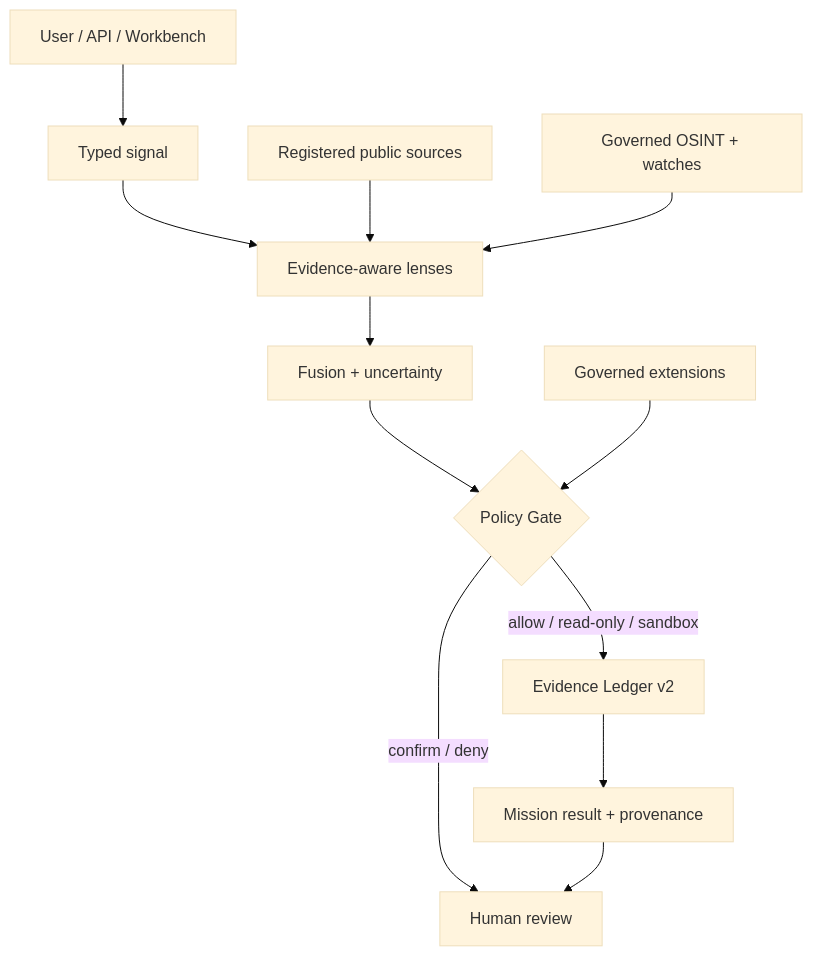
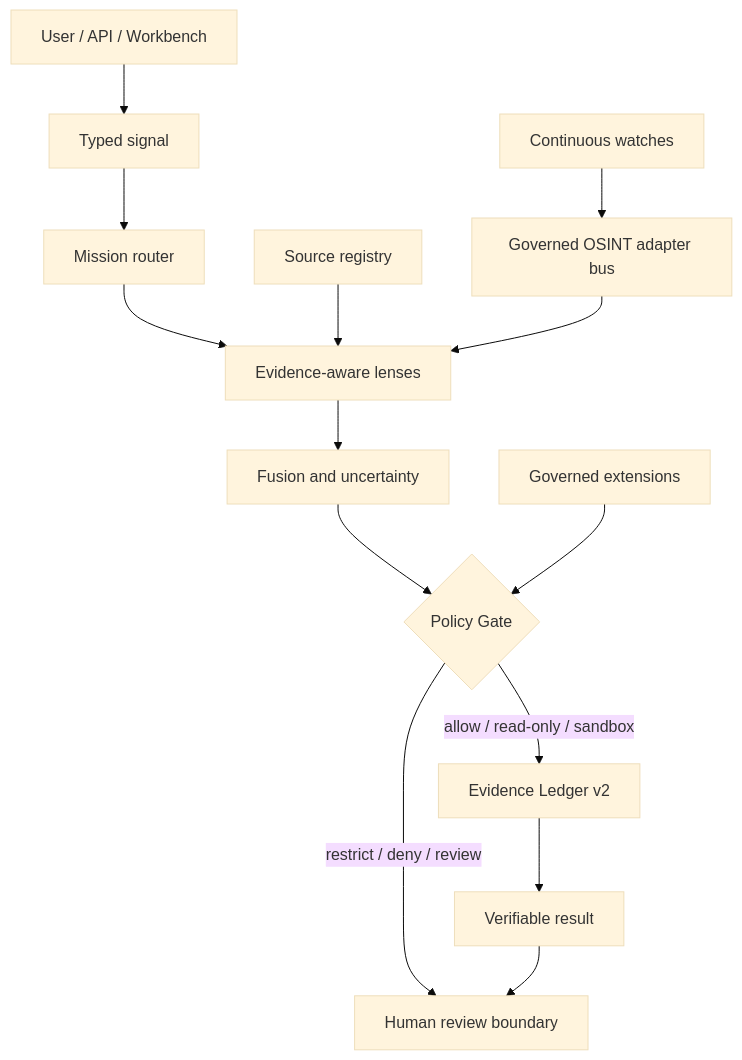
The diagram in README.md (Tashima-Tarsh/Disha), drawn with Mermaid (base theme) before and after one commit. The commit also changed other lines of this file, not shown here.

````diff
--- a/README.md
+++ b/README.md
@@ -173,14 +114,16 @@
 ```mermaid
 flowchart TD
-    U[User / API / Workbench] --> S[Typed signal]
-    S --> L[Evidence-aware lenses]
-    P[Registered public sources] --> L
-    O[Governed OSINT + watches] --> L
-    L --> F[Fusion + uncertainty]
-    F --> G{Policy Gate}
-    G -->|allow / read-only / sandbox| E[Evidence Ledger v2]
-    G -->|confirm / deny| R[Human review]
-    X[Governed extensions] --> G
-    E --> M[Mission result + provenance]
-    M --> R
+    U[User / API / Workbench] --> Q[Typed signal]
+    Q --> R[Mission router]
+    R --> L[Evidence-aware lenses]
+    S[Source registry] --> L
+    O[Governed OSINT adapter bus] --> L
+    W[Continuous watches] --> O
+    L --> F[Fusion and uncertainty]
+    F --> P{Policy Gate}
+    P -->|allow / read-only / sandbox| E[Evidence Ledger v2]
+    P -->|restrict / deny / review| H[Human review boundary]
+    X[Governed extensions] --> P
+    E --> V[Verifiable result]
+    V --> H
 ```
````
